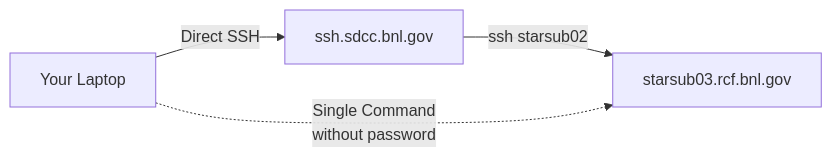
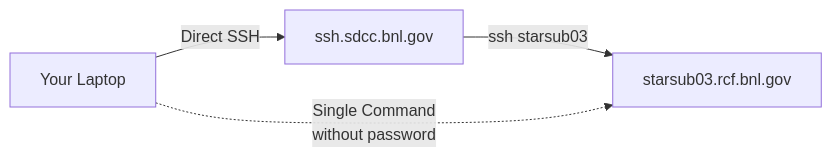
Before and after one commit to star-juniors/star-juniors.github.io: the diagram in software/ssh/index.md, drawn with Mermaid.

````diff
--- a/software/ssh/index.md
+++ b/software/ssh/index.md
@@ -11,8 +11,8 @@
 ```mermaid
 flowchart LR
     A[Your Laptop] -->|Direct SSH| B[ssh.sdcc.bnl.gov]
-    B -->|ssh starsub02| C[starsub03.rcf.bnl.gov]
+    B -->|ssh starsub03| C[starsub03.rcf.bnl.gov]
     A -.->| Single Command 
     without password| C
 
 ```
````
